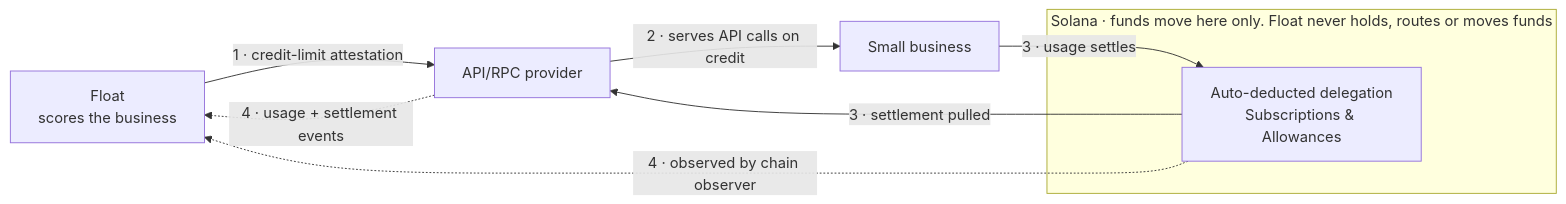
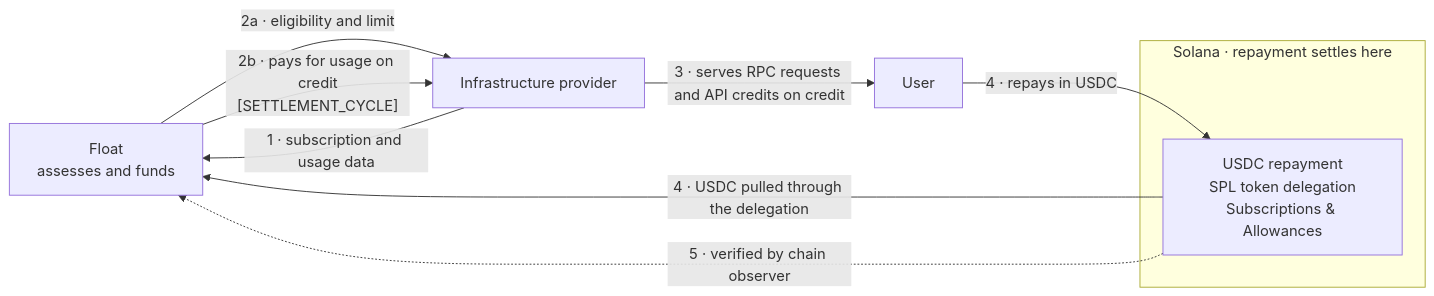
Before and after one commit to Samisha68/Float_website: the first of 4 diagrams in src/docs/content/proof-of-concept.mdx, drawn with Mermaid. The commit also changed other lines of this file and 7 other files, not shown here.

````diff
--- a/src/docs/content/proof-of-concept.mdx
+++ b/src/docs/content/proof-of-concept.mdx
@@ -29,15 +29,16 @@
 ```mermaid
 flowchart LR
-  F["Float<br/>scores the business"]
-  SP["API/RPC provider"]
-  B["Small business"]
-  subgraph SOL["Solana · funds move here only. Float never holds, routes or moves funds"]
-    D["Auto-deducted delegation<br/>Subscriptions & Allowances"]
+  F["Float<br/>assesses and funds"]
+  SP["Infrastructure provider"]
+  B["User"]
+  subgraph SOL["Solana · repayment settles here"]
+    D["USDC repayment<br/>SPL token delegation<br/>Subscriptions & Allowances"]
   end
-  F -->|"1 · credit-limit attestation"| SP
-  SP -->|"2 · serves API calls on credit"| B
-  B -->|"3 · usage settles"| D
-  D -->|"3 · settlement pulled"| SP
-  SP -.->|"4 · usage + settlement events"| F
-  D -.->|"4 · observed by chain observer"| F
+  SP -->|"1 · subscription and usage data"| F
+  F -->|"2a · eligibility and limit"| SP
+  F -->|"2b · pays for usage on credit<br/>[SETTLEMENT_CYCLE]"| SP
+  SP -->|"3 · serves RPC requests and API credits on credit"| B
+  B -->|"4 · repays in USDC"| D
+  D -->|"4 · USDC pulled through the delegation"| F
+  D -.->|"5 · verified by chain observer"| F
 ```
````
